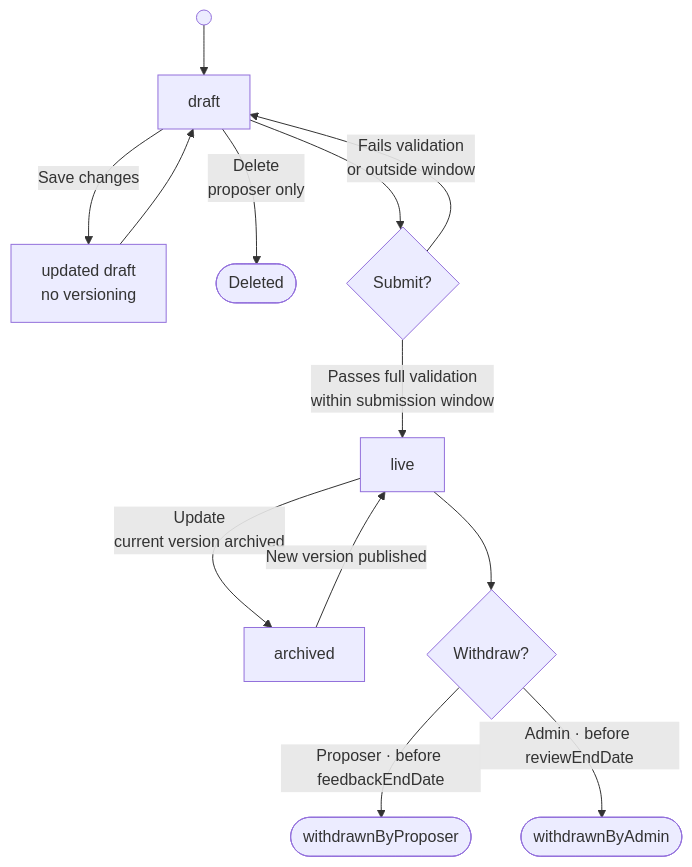
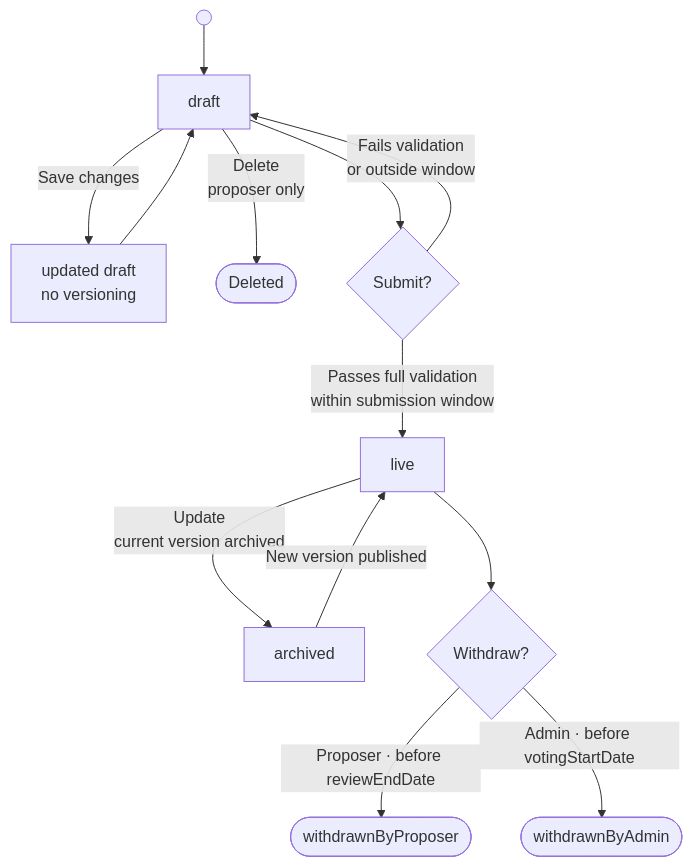
Before and after one commit to lerna-labs/ekklesia-proposal-module: the second of 8 diagrams in docs/proposal-flow.md, drawn with Mermaid. The commit also changed other lines of this file and 28 other files, not shown here.

````diff
--- a/docs/proposal-flow.md
+++ b/docs/proposal-flow.md
@@ -61,20 +61,20 @@
 ```mermaid
 flowchart TD
     START(( )) --> DRAFT[draft]
 
     DRAFT -->|Save changes| UPDATED[updated draft<br />no versioning]
     UPDATED --> DRAFT
 
     DRAFT -->|Delete<br />proposer only| DEL([Deleted])
 
     DRAFT --> SUB{Submit?}
     SUB -->|Fails validation<br />or outside window| DRAFT
     SUB -->|Passes full validation<br />within submission window| LIVE[live]
 
     LIVE -->|Update<br />current version archived| ARCHIVED[archived]
     ARCHIVED -->|New version published| LIVE
 
     LIVE --> WDL{Withdraw?}
-    WDL -->|Proposer · before feedbackEndDate| WBP([withdrawnByProposer])
-    WDL -->|Admin · before reviewEndDate| WBA([withdrawnByAdmin])
+    WDL -->|Proposer · before reviewEndDate| WBP([withdrawnByProposer])
+    WDL -->|Admin · before votingStartDate| WBA([withdrawnByAdmin])
 ```
````
